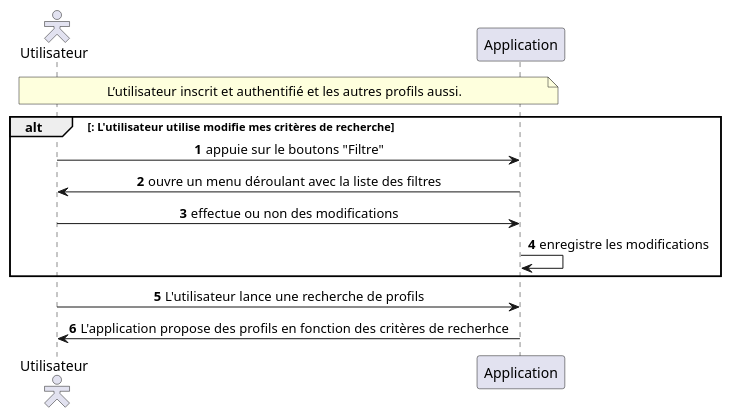
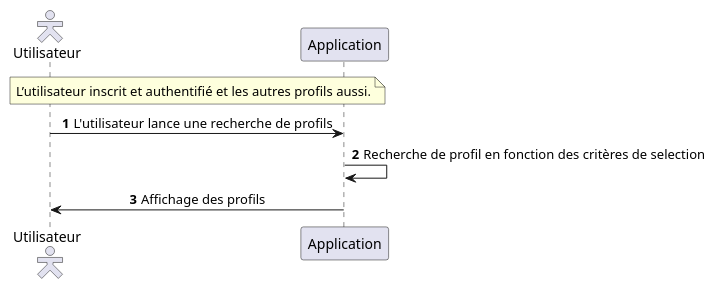
Before and after one commit to MinaroliCorentin/PSO: the diagram in src/Description_des_scenarios_Recommandation_Rechercher_profil.puml, drawn with PlantUML. The commit also changed 15 other files, not shown here.

```diff
--- a/src/Description_des_scenarios_Recommandation_Rechercher_profil.puml
+++ b/src/Description_des_scenarios_Recommandation_Rechercher_profil.puml
@@ -1,24 +1,17 @@
 @startuml
 autonumber
 skinparam sequenceMessageAlign center
 skinparam actorStyle hollow
 
 actor "Utilisateur" as user
 participant "Application" as app
 
 note over user, app
 L’utilisateur inscrit et authentifié et les autres profils aussi.
 end note
 
-alt : L'utilisateur utilise modifie mes critères de recherche
-user -> app : appuie sur le boutons "Filtre"
-app -> user : ouvre un menu déroulant avec la liste des filtres
-user -> app : effectue ou non des modifications
-app -> app : enregistre les modifications
-end
-
-
 user -> app : L'utilisateur lance une recherche de profils
-app -> user : L'application propose des profils en fonction des critères de recherhce
+app -> app : Recherche de profil en fonction des critères de selection
+app -> user : Affichage des profils
 
 @enduml
```
